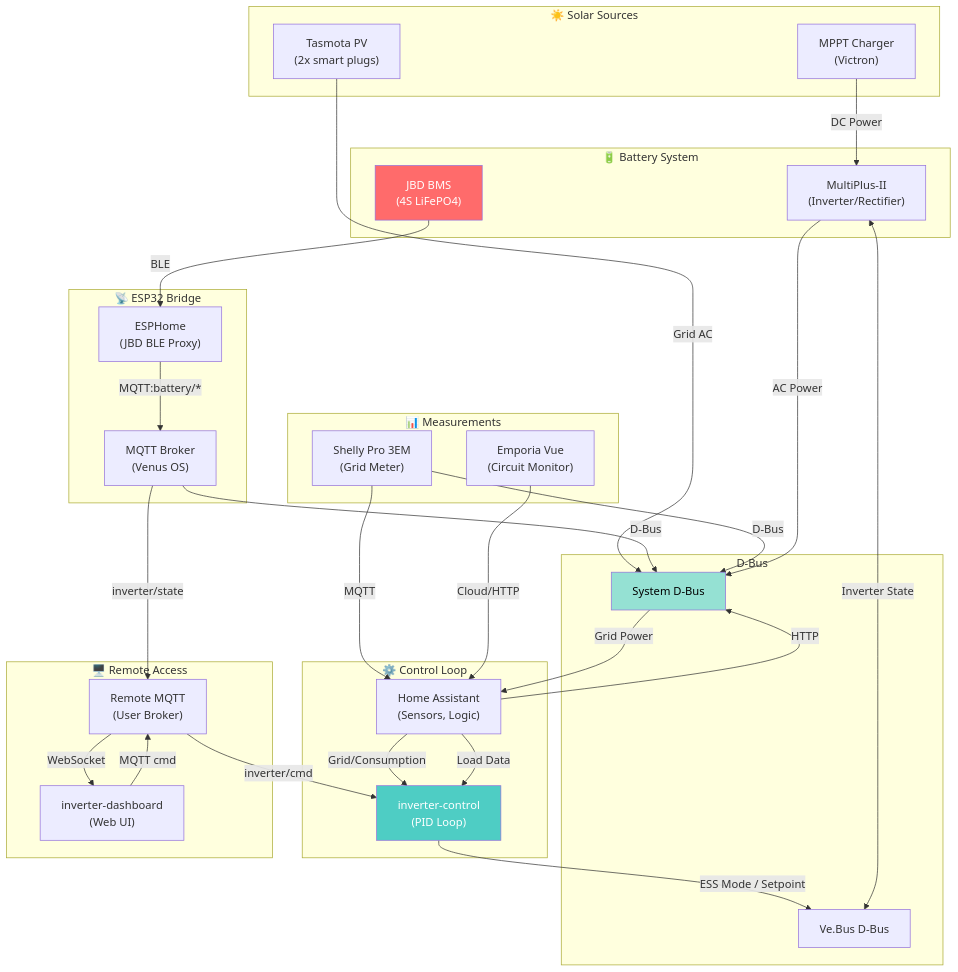
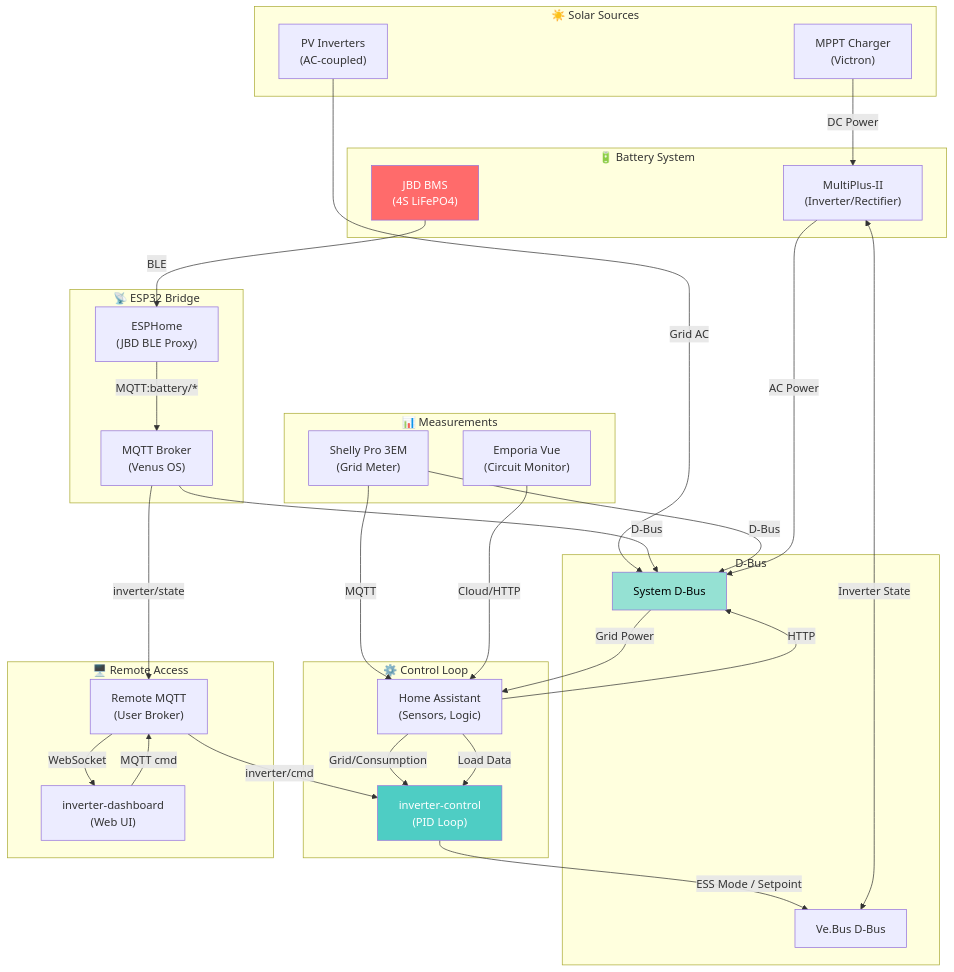
One commit to victron-venus/inverter-control changed the first of 4 diagrams in .github/docs/system-architecture.md. Above: the diagram before and after it, drawn with Mermaid. The commit also changed other lines of this file and 5 other files, not shown here.

````diff
--- a/.github/docs/system-architecture.md
+++ b/.github/docs/system-architecture.md
@@ -5,73 +5,73 @@
 ```mermaid
 flowchart TB
     subgraph Solar["☀️ Solar Sources"]
         MPPT["MPPT Charger\n(Victron)"]
-        TAS["Tasmota PV\n(2x smart plugs)"]
+        PVI["PV Inverters\n(AC-coupled)"]
     end
 
     subgraph Battery["🔋 Battery System"]
         JBD["JBD BMS\n(4S LiFePO4)"]
         INV["MultiPlus-II\n(Inverter/Rectifier)"]
     end
 
     subgraph Measurement["📊 Measurements"]
         SHELLY["Shelly Pro 3EM\n(Grid Meter)"]
         VUE["Emporia Vue\n(Circuit Monitor)"]
     end
 
     subgraph ESP["📡 ESP32 Bridge"]
         ESP32["ESPHome\n(JBD BLE Proxy)"]
         MQTT_BR["MQTT Broker\n(Venus OS)"]
     end
 
     subgraph Control["⚙️ Control Loop"]
         HA["Home Assistant\n(Sensors, Logic)"]
         INV_CTRL["inverter-control\n(PID Loop)"]
     end
 
     subgraph Dbus["D-Bus"]
         SYS["System D-Bus"]
         VBUS["Ve.Bus D-Bus"]
     end
 
     subgraph Remote["🖥️ Remote Access"]
         DASH["inverter-dashboard\n(Web UI)"]
         MQTT_REM["Remote MQTT\n(User Broker)"]
     end
 
     %% Solar to Battery
     MPPT -->|"DC Power"| INV
-    TAS -->|"Grid AC"| SYS
+    PVI -->|"Grid AC"| SYS
 
     %% Battery connections
     JBD -->|"BLE"| ESP32
     ESP32 -->|"MQTT:battery/*"| MQTT_BR
     MQTT_BR -->|"D-Bus"| SYS
 
     %% Grid measurement
     SHELLY -->|"MQTT"| HA
     HA -->|"HTTP"| SYS
     SHELLY -->|"D-Bus"| SYS
 
     %% Control flow
     SYS -->|"Grid Power"| HA
     HA -->|"Grid/Consumption"| INV_CTRL
     INV_CTRL -->|"ESS Mode / Setpoint"| VBUS
     INV -->|"AC Power"| SYS
     VBUS <-->|"Inverter State"| INV
 
     %% Circuit monitoring
     VUE -->|"Cloud/HTTP"| HA
     HA -->|"Load Data"| INV_CTRL
 
     %% Remote access
     MQTT_BR -->|"inverter/state"| MQTT_REM
     MQTT_REM -->|"WebSocket"| DASH
     DASH -->|"MQTT cmd"| MQTT_REM
     MQTT_REM -->|"inverter/cmd"| INV_CTRL
 
     %% Legend
     style JBD fill:#ff6b6b,color:#fff
     style INV_CTRL fill:#4ecdc4,color:#fff
     style SYS fill:#95e1d3,color:#000
 ```
````
